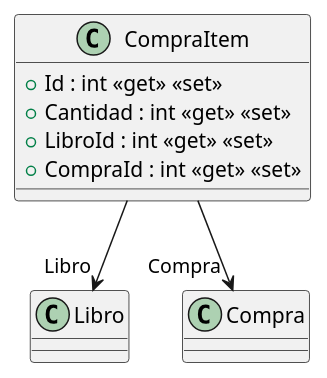
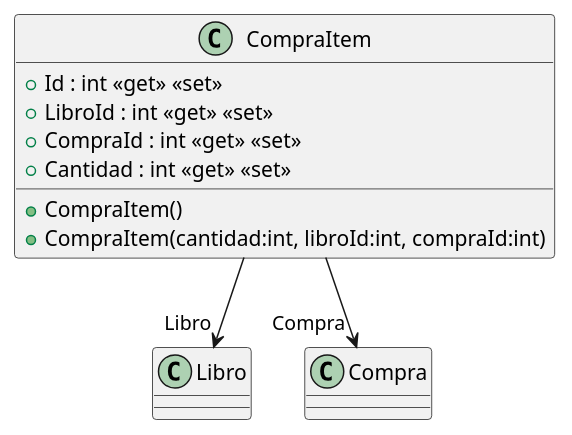
The diagram in src/AppForSEII.API/ClassDiagram/CompraItem.puml (ISII2627NeedMoneyForMac/ISII2627NeedMoneyForMac), drawn with PlantUML before and after one commit. The commit also changed 14 other files, not shown here.

Commit message:
Se han editado las clases compra, compraItem y libro, y el diagrama del CU Comprar libro (#48)

```diff
--- a/src/AppForSEII.API/ClassDiagram/CompraItem.puml
+++ b/src/AppForSEII.API/ClassDiagram/CompraItem.puml
@@ -1,10 +1,12 @@
 @startuml
 class CompraItem {
+    + CompraItem()
+    + CompraItem(cantidad:int, libroId:int, compraId:int)
     + Id : int <<get>> <<set>>
-    + Cantidad : int <<get>> <<set>>
     + LibroId : int <<get>> <<set>>
     + CompraId : int <<get>> <<set>>
+    + Cantidad : int <<get>> <<set>>
 }
 CompraItem --> "Libro" Libro
 CompraItem --> "Compra" Compra
 @enduml
```
